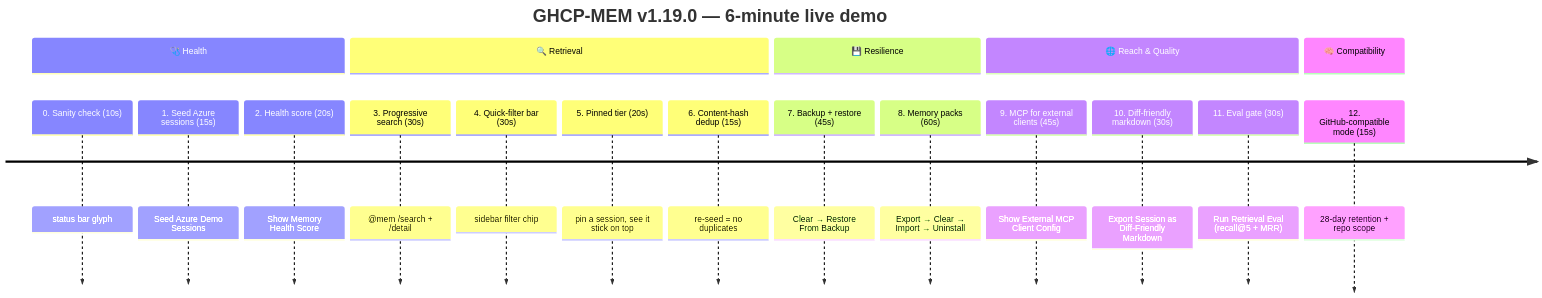
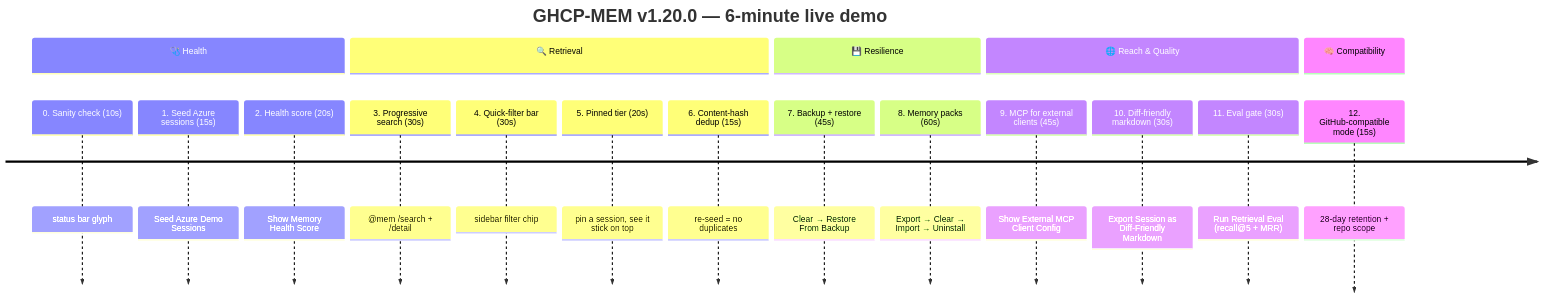
One commit to ITcredibl/ghcp-mem changed the first of 5 diagrams in docs/DEMO.md. Above: the diagram before and after it, drawn with Mermaid. The commit also changed other lines of this file and 37 other files, not shown here.

First line of the commit message:
feat: agent context runtime — lifecycle, outcomes, identity, compiler, graph, policy, sync, skills (v1.20.0)

````diff
--- a/docs/DEMO.md
+++ b/docs/DEMO.md
@@ -20,22 +20,22 @@
 ```mermaid
 timeline
-    title GHCP-MEM v1.19.0 — 6-minute live demo
+    title GHCP-MEM v1.20.0 — 6-minute live demo
     section 🩺 Health
         0. Sanity check (10s)              : status bar glyph
         1. Seed Azure sessions (15s)       : Seed Azure Demo Sessions
         2. Health score (20s)              : Show Memory Health Score
     section 🔍 Retrieval
         3. Progressive search (30s)        : @mem /search + /detail
         4. Quick-filter bar (30s)          : sidebar filter chip
         5. Pinned tier (20s)               : pin a session, see it stick on top
         6. Content-hash dedup (15s)        : re-seed = no duplicates
     section 💾 Resilience
         7. Backup + restore (45s)          : Clear → Restore From Backup
         8. Memory packs (60s)              : Export → Clear → Import → Uninstall
     section 🌐 Reach & Quality
         9. MCP for external clients (45s)  : Show External MCP Client Config
         10. Diff-friendly markdown (30s)   : Export Session as Diff-Friendly Markdown
         11. Eval gate (30s)                : Run Retrieval Eval (recall@5 + MRR)
     section 🧠 Compatibility
         12. GitHub-compatible mode (15s)   : 28-day retention + repo scope
 ```
````
